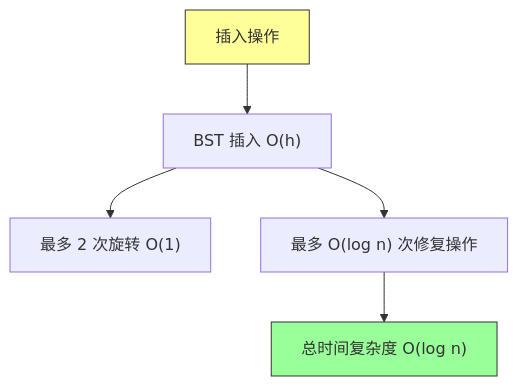
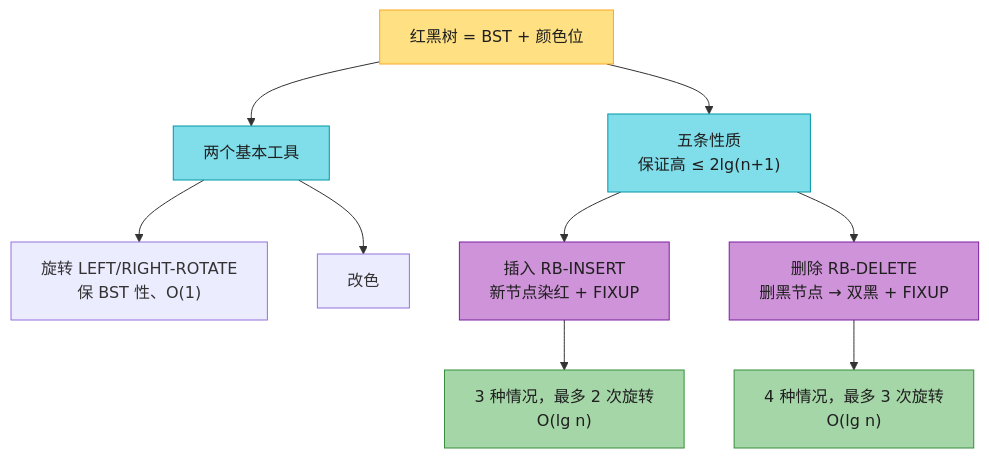
Before and after one commit to socoo123/book_reading: diagram 13 of 13 in IntroductionToAlgorithms/Chapter13_红黑树_深度版.md, drawn with Mermaid. The commit also changed other lines of this file and 30 other files, not shown here.

````diff
--- a/IntroductionToAlgorithms/Chapter13_红黑树_深度版.md
+++ b/IntroductionToAlgorithms/Chapter13_红黑树_深度版.md
@@ -581,10 +1096,19 @@
 ```mermaid
 flowchart TD
-    A["插入操作"] --> B["BST 插入 O(h)"]
-    B --> C["最多 2 次旋转 O(1)"]
-    B --> D["最多 O(log n) 次修复操作"]
-    D --> E["总时间复杂度 O(log n)"]
+    A["红黑树 = BST + 颜色位"] --> B["五条性质<br/>保证高 ≤ 2lg(n+1)"]
+    A --> C["两个基本工具"]
+    C --> D["旋转 LEFT/RIGHT-ROTATE<br/>保 BST 性、O(1)"]
+    C --> E["改色"]
+    B --> F["插入 RB-INSERT<br/>新节点染红 + FIXUP"]
+    B --> G["删除 RB-DELETE<br/>删黑节点 → 双黑 + FIXUP"]
+    F --> H["3 种情况，最多 2 次旋转<br/>O(lg n)"]
+    G --> I["4 种情况，最多 3 次旋转<br/>O(lg n)"]
 
-    style A fill:#ffff99,stroke:#333
-    style E fill:#99ff99,stroke:#333
+    style A fill:#FFE082,stroke:#F9A825,color:#1f1f1f
+    style B fill:#80DEEA,stroke:#0097A7,color:#1f1f1f
+    style C fill:#80DEEA,stroke:#0097A7,color:#1f1f1f
+    style F fill:#CE93D8,stroke:#7B1FA2,color:#1f1f1f
+    style G fill:#CE93D8,stroke:#7B1FA2,color:#1f1f1f
+    style H fill:#A5D6A7,stroke:#388E3C,color:#1f1f1f
+    style I fill:#A5D6A7,stroke:#388E3C,color:#1f1f1f
 ```
````
